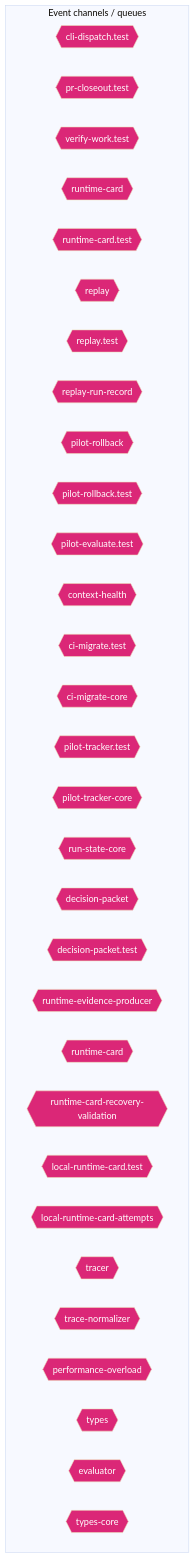
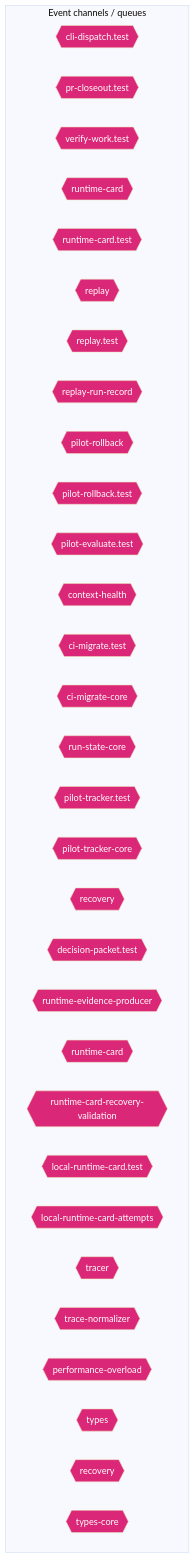
Before and after one commit to jscraik/coding-harness: the ninth of 14 diagrams in AI/context/diagram-context.md, drawn with Mermaid (base theme). The commit also changed other lines of this file, not shown here.

Commit message:
docs: refresh diagram context

````diff
--- a/AI/context/diagram-context.md
+++ b/AI/context/diagram-context.md
@@ -1685,38 +1691,38 @@
 ```mermaid
 flowchart TD
   subgraph Channels["Event channels / queues"]
     cli_dispatch_test_54c9f17b{{"cli-dispatch.test"}}
     pr_closeout_test_12a1ffdd{{"pr-closeout.test"}}
     verify_work_test_0e12f6c5{{"verify-work.test"}}
     runtime_card_e06b53e1{{"runtime-card"}}
     runtime_card_test_af812837{{"runtime-card.test"}}
     replay_ac203c98{{"replay"}}
     replay_test_935f7436{{"replay.test"}}
     replay_run_record_9a08cce2{{"replay-run-record"}}
     pilot_rollback_00c1f82c{{"pilot-rollback"}}
     pilot_rollback_test_e61d5a2b{{"pilot-rollback.test"}}
     pilot_evaluate_test_a2ac06fc{{"pilot-evaluate.test"}}
     context_health_80bb7da9{{"context-health"}}
     ci_migrate_test_2a015bb9{{"ci-migrate.test"}}
     ci_migrate_core_7005b5af{{"ci-migrate-core"}}
+    run_state_core_25a955bc{{"run-state-core"}}
     pilot_tracker_test_80398a66{{"pilot-tracker.test"}}
     pilot_tracker_core_80d8ac96{{"pilot-tracker-core"}}
-    run_state_core_25a955bc{{"run-state-core"}}
-    decision_packet_8ee9d119{{"decision-packet"}}
+    recovery_8c585378{{"recovery"}}
     decision_packet_test_9ea0e97b{{"decision-packet.test"}}
     runtime_evidence_producer_ea388cb5{{"runtime-evidence-producer"}}
     runtime_card_1_465a49d2{{"runtime-card"}}
     runtime_card_recovery_validation_e216d883{{"runtime-card-recovery-validation"}}
     local_runtime_card_test_b508222b{{"local-runtime-card.test"}}
     local_runtime_card_attempts_28aa46ea{{"local-runtime-card-attempts"}}
     tracer_1e6243a2{{"tracer"}}
     trace_normalizer_cb1be1d2{{"trace-normalizer"}}
     performance_overload_c685bfcf{{"performance-overload"}}
     types_8_f6283648{{"types"}}
-    evaluator_27f6343f{{"evaluator"}}
+    recovery_1_4d1804ab{{"recovery"}}
     types_core_e405ddca{{"types-core"}}
   end
   classDef eventNode fill:#db2777,color:#fff
-  class cli_dispatch_test_54c9f17b,pr_closeout_test_12a1ffdd,verify_work_test_0e12f6c5,runtime_card_e06b53e1,runtime_card_test_af812837,replay_ac203c98,replay_test_935f7436,replay_run_record_9a08cce2,pilot_rollback_00c1f82c,pilot_rollback_test_e61d5a2b,pilot_evaluate_test_a2ac06fc,context_health_80bb7da9,ci_migrate_test_2a015bb9,ci_migrate_core_7005b5af,pilot_tracker_test_80398a66,pilot_tracker_core_80d8ac96,run_state_core_25a955bc,decision_packet_8ee9d119,decision_packet_test_9ea0e97b,runtime_evidence_producer_ea388cb5,runtime_card_1_465a49d2,runtime_card_recovery_validation_e216d883,local_runtime_card_test_b508222b,local_runtime_card_attempts_28aa46ea,tracer_1e6243a2,trace_normalizer_cb1be1d2,performance_overload_c685bfcf,types_8_f6283648,evaluator_27f6343f,types_core_e405ddca eventNode
+  class cli_dispatch_test_54c9f17b,pr_closeout_test_12a1ffdd,verify_work_test_0e12f6c5,runtime_card_e06b53e1,runtime_card_test_af812837,replay_ac203c98,replay_test_935f7436,replay_run_record_9a08cce2,pilot_rollback_00c1f82c,pilot_rollback_test_e61d5a2b,pilot_evaluate_test_a2ac06fc,context_health_80bb7da9,ci_migrate_test_2a015bb9,ci_migrate_core_7005b5af,run_state_core_25a955bc,pilot_tracker_test_80398a66,pilot_tracker_core_80d8ac96,recovery_8c585378,decision_packet_test_9ea0e97b,runtime_evidence_producer_ea388cb5,runtime_card_1_465a49d2,runtime_card_recovery_validation_e216d883,local_runtime_card_test_b508222b,local_runtime_card_attempts_28aa46ea,tracer_1e6243a2,trace_normalizer_cb1be1d2,performance_overload_c685bfcf,types_8_f6283648,recovery_1_4d1804ab,types_core_e405ddca eventNode
 
 ```
````
